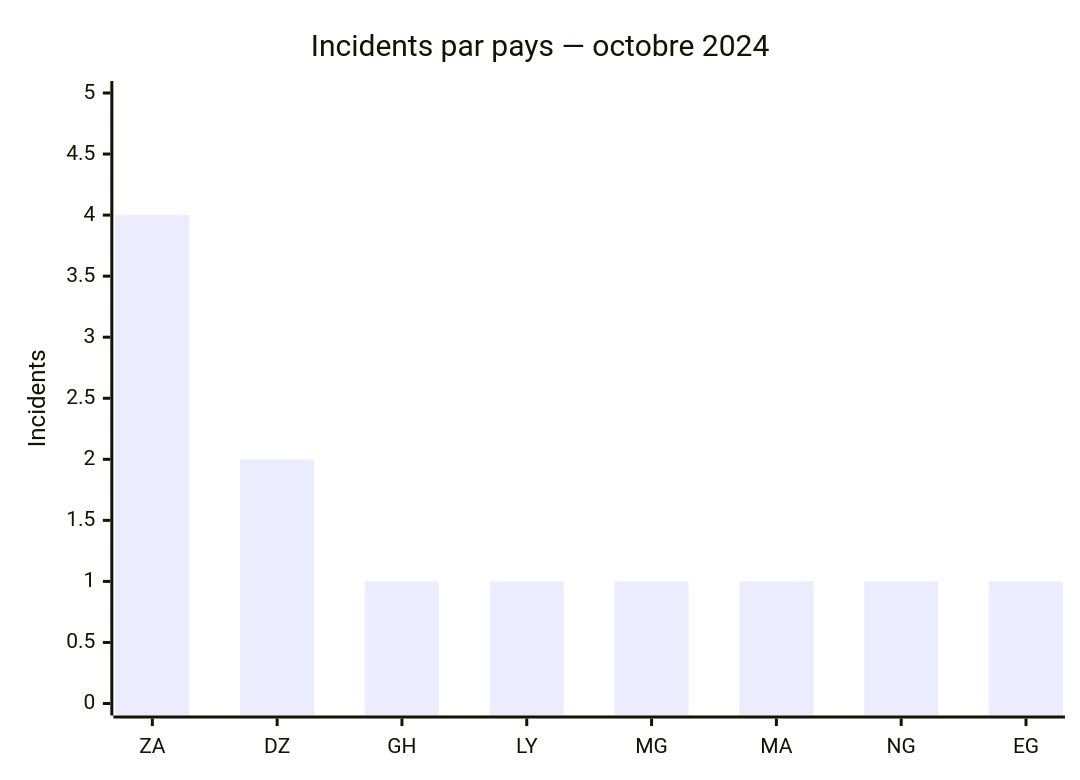
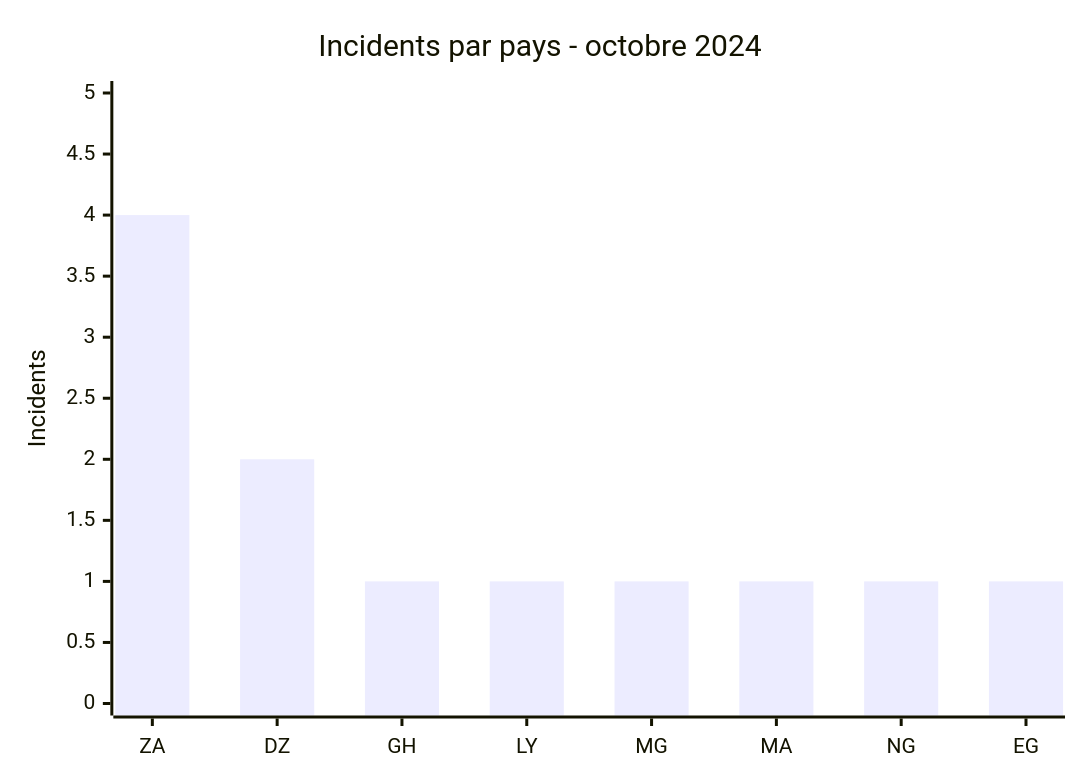
The first of 2 diagrams in CyberAttackAfrica/2024/10-october/README_FR.md (Hatchepsoute/AFRINTEL), drawn with Mermaid before and after one commit. The commit also changed other lines of this file and 182 other files, not shown here.

````diff
--- a/CyberAttackAfrica/2024/10-october/README_FR.md
+++ b/CyberAttackAfrica/2024/10-october/README_FR.md
@@ -47,7 +47,7 @@
 ```mermaid
 xychart
-    title "Incidents par pays — octobre 2024"
+    title "Incidents par pays - octobre 2024"
     x-axis ["ZA","DZ","GH","LY","MG","MA","NG","EG"]
     y-axis "Incidents" 0 --> 5
     bar [4,2,1,1,1,1,1,1]
 ```
````
